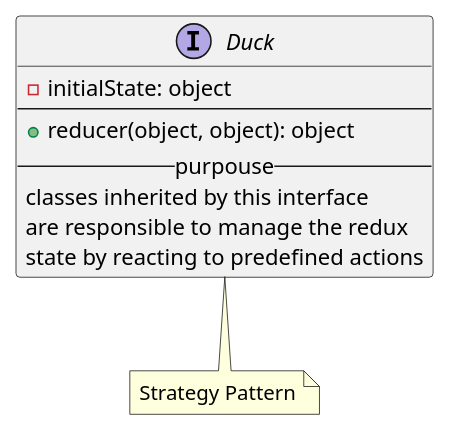
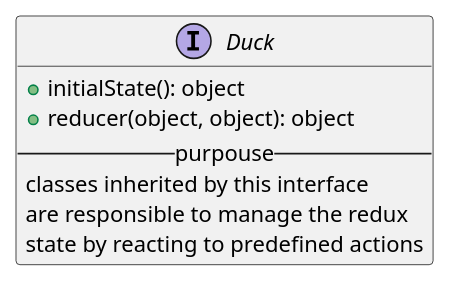
The diagram in redux/interfaces/duck.iuml (M9k/Marvin-Uml), drawn with PlantUML before and after one commit. The commit also changed 4 other files, not shown here.

Commit message:
Raffinamento UML parte redux

```diff
--- a/redux/interfaces/duck.iuml
+++ b/redux/interfaces/duck.iuml
@@ -1,12 +1,8 @@
 interface Duck{
-  - initialState: object
-  --
+  + initialState(): object
   + reducer(object, object): object
   -- purpouse --
   classes inherited by this interface
   are responsible to manage the redux
   state by reacting to predefined actions
 }
-note bottom of Duck
- Strategy Pattern
-end note
```
